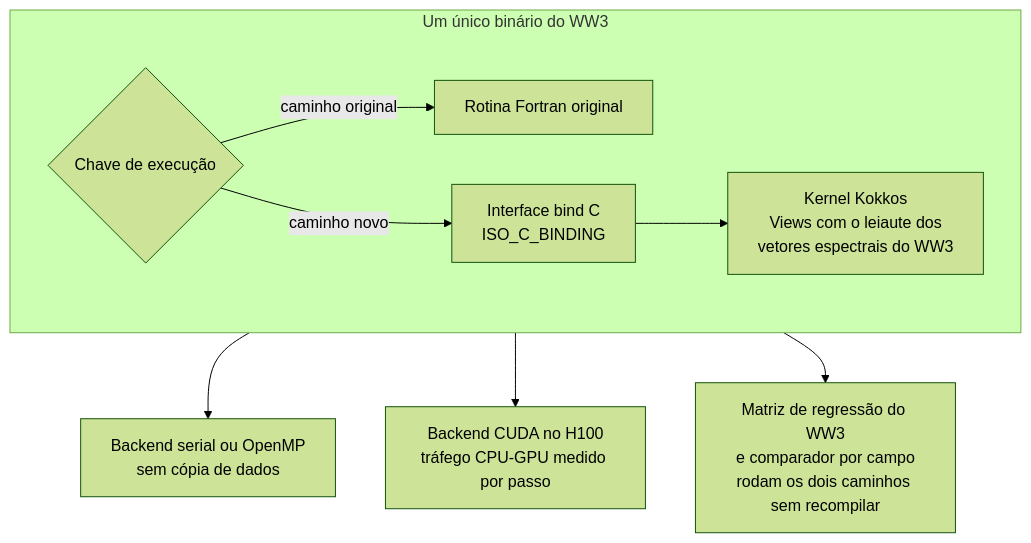
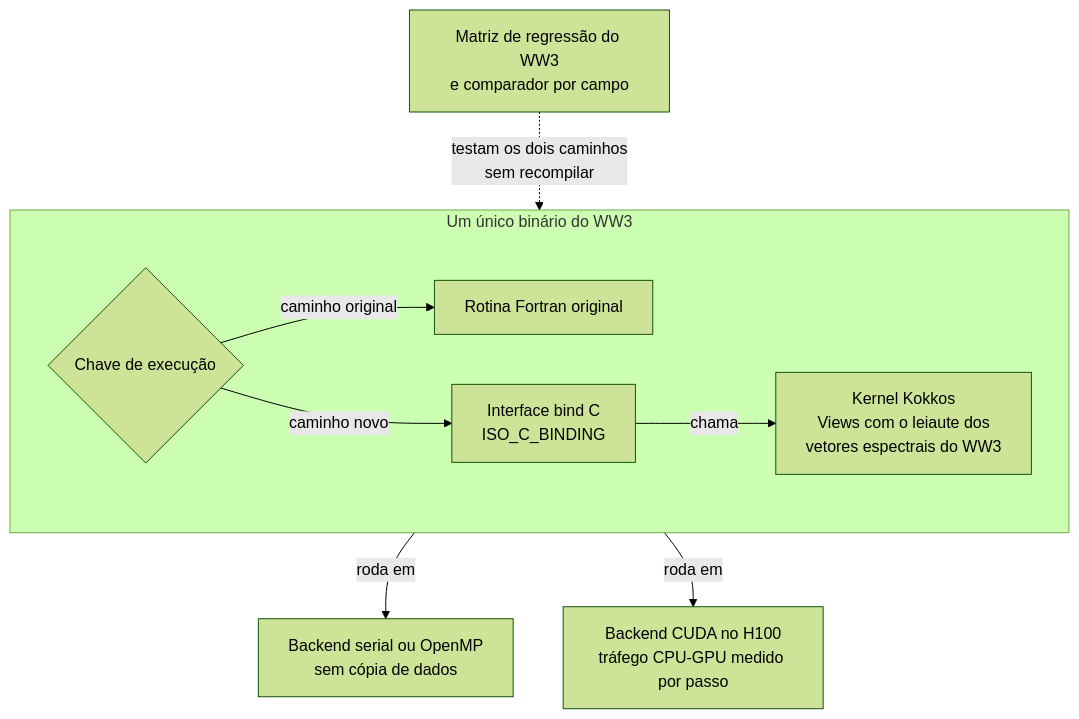
The fifth of 8 diagrams in pubs/proposal/mapas-mentais.pt.md (h0ffmann/ww3-gpu), drawn with Mermaid (forest theme) before and after one commit. The commit also changed other lines of this file and 15 other files, not shown here.

First line of the commit message:
figures: clearer diagrams and explanations always visible

````diff
--- a/pubs/proposal/mapas-mentais.pt.md
+++ b/pubs/proposal/mapas-mentais.pt.md
@@ -195,17 +195,17 @@
 ```mermaid
 %% figure: proposta-interoperabilidade
 %% title: Como a rotina original em Fortran e o kernel em Kokkos convivem em um único executável?
 flowchart TB
     subgraph BIN[Um único binário do WW3]
         direction LR
         F[Rotina Fortran original] 
         SW{Chave de execução}
         C[Interface bind C<br/>ISO_C_BINDING]
         K[Kernel Kokkos<br/>Views com o leiaute dos<br/>vetores espectrais do WW3]
         SW -- caminho original --> F
-        SW -- caminho novo --> C --> K
+        SW -- caminho novo --> C -- chama --> K
     end
-    K --> CPU[Backend serial ou OpenMP<br/>sem cópia de dados]
-    K --> GPU[Backend CUDA no H100<br/>tráfego CPU-GPU medido por passo]
-    BIN --> M[Matriz de regressão do WW3<br/>e comparador por campo<br/>rodam os dois caminhos sem recompilar]
+    K -- roda em --> CPU[Backend serial ou OpenMP<br/>sem cópia de dados]
+    K -- roda em --> GPU[Backend CUDA no H100<br/>tráfego CPU-GPU medido por passo]
+    M[Matriz de regressão do WW3<br/>e comparador por campo] -. testam os dois caminhos<br/>sem recompilar .-> BIN
 ```
````
